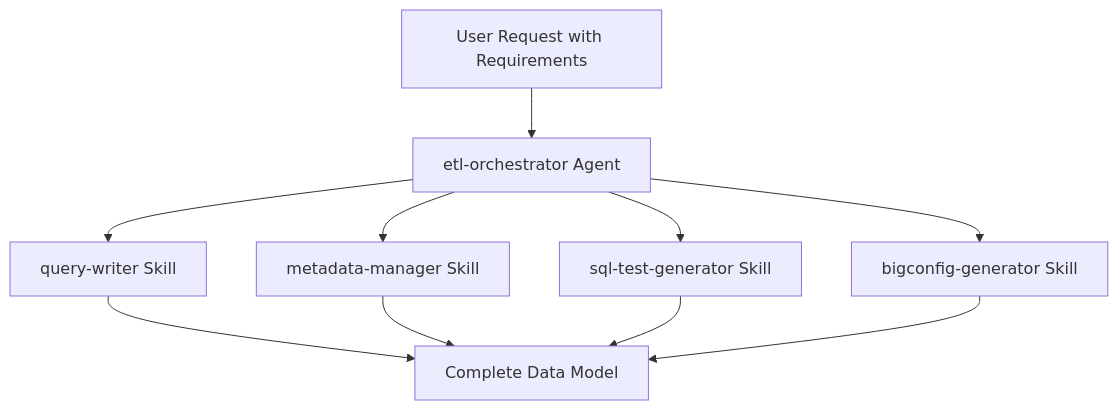
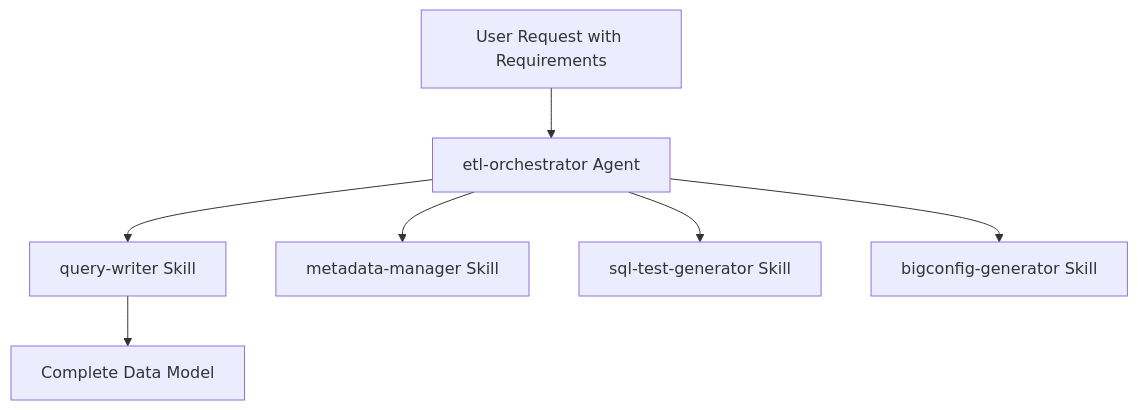
One commit to mozilla/bigquery-etl-skills changed the diagram in docs/agents/overview.md. Above: the diagram before and after it, drawn with Mermaid. The commit also changed 2 other files, not shown here.

Commit message:
updated broken links in documentation

````diff
--- a/docs/agents/overview.md
+++ b/docs/agents/overview.md
@@ -84,12 +84,9 @@
 ```mermaid
 graph TB
     A[User Request with Requirements] --> B[etl-orchestrator Agent]
     B --> C[query-writer Skill]
     B --> D[metadata-manager Skill]
     B --> E[sql-test-generator Skill]
     B --> F[bigconfig-generator Skill]
     C --> G[Complete Data Model]
-    D --> G
-    E --> G
-    F --> G
 ```
````
